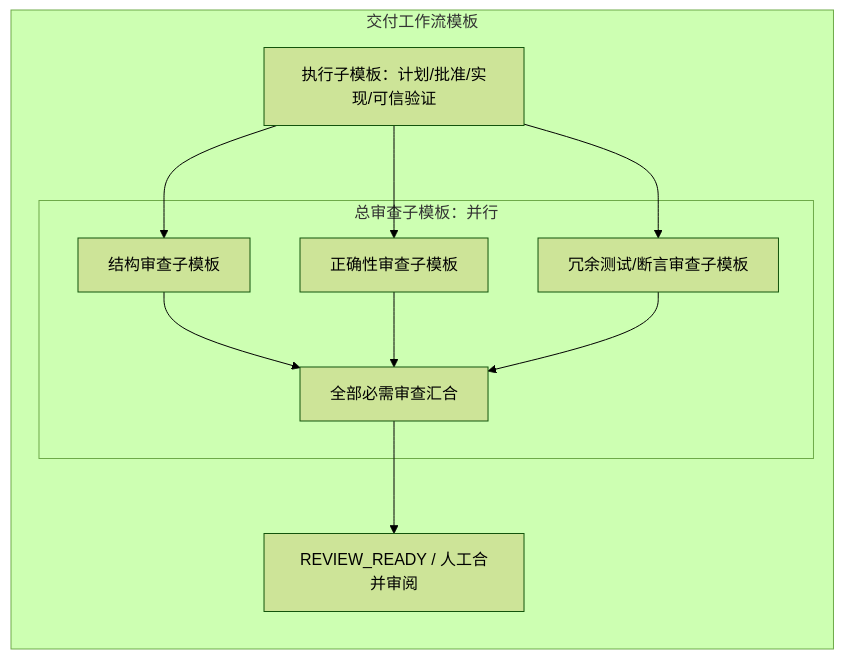
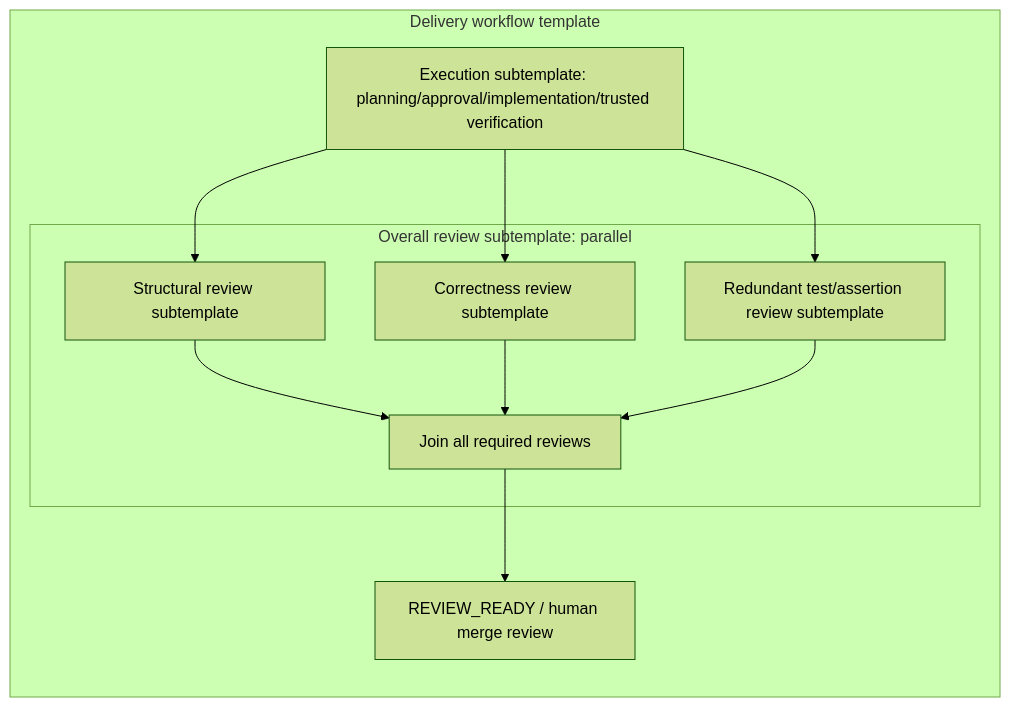
One commit to 626619403/Ergora changed the diagram in docs/architecture/decisions/0005-composable-workflows.md. Above: the diagram before and after it, drawn with Mermaid (forest theme). The commit also changed other lines of this file and 439 other files, not shown here.

````diff
--- a/docs/architecture/decisions/0005-composable-workflows.md
+++ b/docs/architecture/decisions/0005-composable-workflows.md
@@ -53,15 +55,15 @@
 ```mermaid
 flowchart LR
-  subgraph Delivery[交付工作流模板]
-    E[执行子模板：计划/批准/实现/可信验证]
-    subgraph Review[总审查子模板：并行]
-      A[结构审查子模板] --> J[全部必需审查汇合]
-      C[正确性审查子模板] --> J
-      R[冗余测试/断言审查子模板] --> J
+  subgraph Delivery[Delivery workflow template]
+    E[Execution subtemplate: planning/approval/implementation/trusted verification]
+    subgraph Review[Overall review subtemplate: parallel]
+      A[Structural review subtemplate] --> J[Join all required reviews]
+      C[Correctness review subtemplate] --> J
+      R[Redundant test/assertion review subtemplate] --> J
     end
     E --> A
     E --> C
     E --> R
-    J --> H[REVIEW_READY / 人工合并审阅]
+    J --> H[REVIEW_READY / human merge review]
   end
 ```
````
